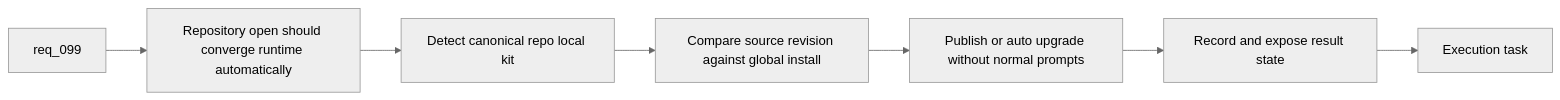
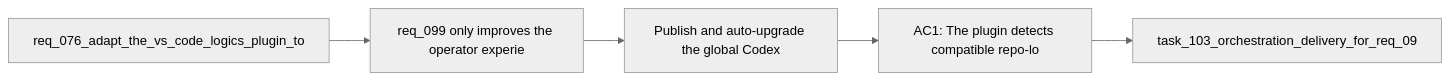
One commit to AlexAgo83/logics-manager changed the diagram in logics/backlog/item_168_publish_and_auto_upgrade_the_global_codex_logics_kit_from_canonical_repo_sources_in_the_plugin.md. Above: the diagram before and after it, drawn with Mermaid (neutral theme). The commit also changed 481 other files, not shown here.

````diff
--- a/logics/backlog/item_168_publish_and_auto_upgrade_the_global_codex_logics_kit_from_canonical_repo_sources_in_the_plugin.md
+++ b/logics/backlog/item_168_publish_and_auto_upgrade_the_global_codex_logics_kit_from_canonical_repo_sources_in_the_plugin.md
@@ -30,11 +30,9 @@
 ```mermaid
 %% logics-kind: backlog
 %% logics-signature: backlog|publish-and-auto-upgrade-the-global-code|req-076-adapt-the-vs-code-logics-plugin-|req-099-only-improves-the-operator-exper|ac1-the-plugin-detects-compatible-repo-l
 flowchart LR
-    Request[req_099] --> Problem[Repository open should converge runtime automatically]
-    Problem --> Detect[Detect canonical repo local kit]
-    Detect --> Compare[Compare source revision against global install]
-    Compare --> Publish[Publish or auto upgrade without normal prompts]
-    Publish --> Diagnose[Record and expose result state]
-    Diagnose --> Done[Execution task]
+    Request[req_076_adapt_the_vs_code_logics_plugin_to] --> Problem[req_099 only improves the operator experie]
+    Problem --> Scope[Publish and auto-upgrade the global Codex]
+    Scope --> Acceptance[AC1: The plugin detects compatible repo-lo]
+    Acceptance --> Tasks[task_103_orchestration_delivery_for_req_09]
 ```
````
